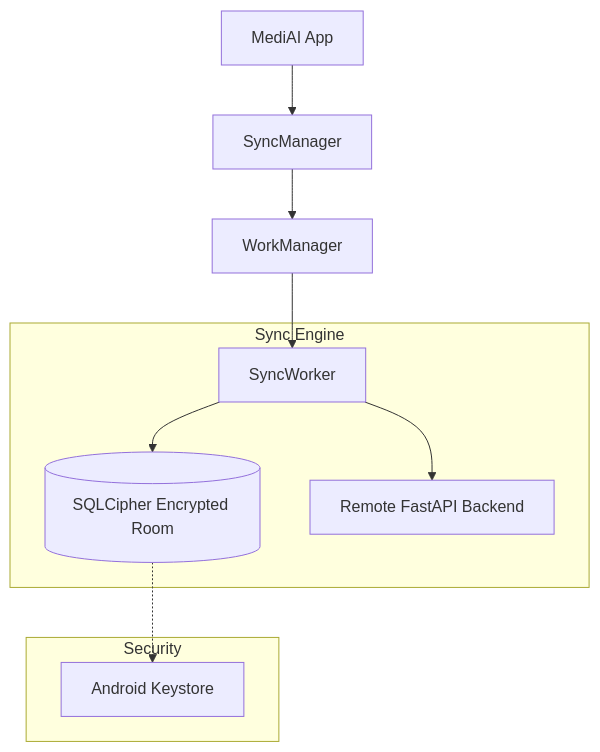
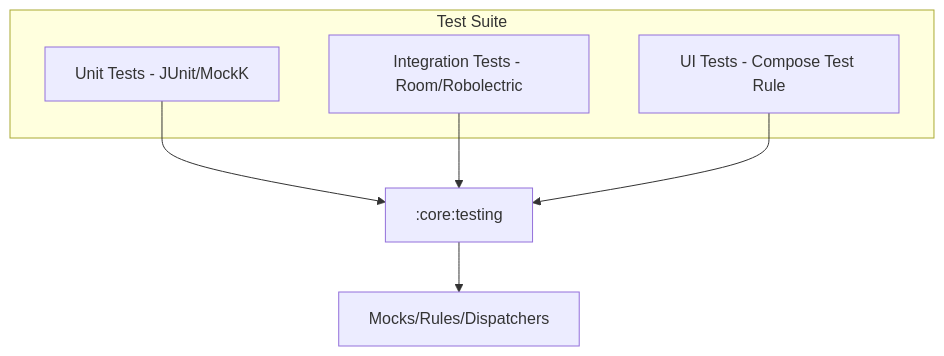
One commit to KotlinFiroj/Ai-HealthCare-App changed the diagram in .artifacts/4dc8775b-7ddf-49a0-b4e6-8fda79cbdfec/implementation_plan.artifact.md. Above: the diagram before and after it, drawn with Mermaid. The commit also changed other lines of this file and 14 other files, not shown here.

Commit message:
Implement Phase 17: Testing & Quality Assurance with unit, integration, and UI tests, including MainDispatcherRule, LoginUseCaseTest, HomeViewModelTest, and LoginScreenTest; configure Jacoco for code coverage reporting

````diff
--- a/.artifacts/4dc8775b-7ddf-49a0-b4e6-8fda79cbdfec/implementation_plan.artifact.md
+++ b/.artifacts/4dc8775b-7ddf-49a0-b4e6-8fda79cbdfec/implementation_plan.artifact.md
@@ -46,15 +49,14 @@
 ```mermaid
 graph TD
-    App[MediAI App] --> SyncManager[SyncManager]
-    SyncManager --> WM[WorkManager]
-    WM --> SyncWorker[SyncWorker]
-
-    subgraph Sync Engine
-        SyncWorker --> LocalDB[(SQLCipher Encrypted Room)]
-        SyncWorker --> API[Remote FastAPI Backend]
+    subgraph Test Suite
+        Unit[Unit Tests - JUnit/MockK]
+        Integ[Integration Tests - Room/Robolectric]
+        UI[UI Tests - Compose Test Rule]
     end
 
-    subgraph Security
-        LocalDB -.-> KeyStore[Android Keystore]
-    end
+    Unit --> Core_Testing[:core:testing]
+    Integ --> Core_Testing
+    UI --> Core_Testing
+
+    Core_Testing --> Common_Utils[Mocks/Rules/Dispatchers]
 ```
````
